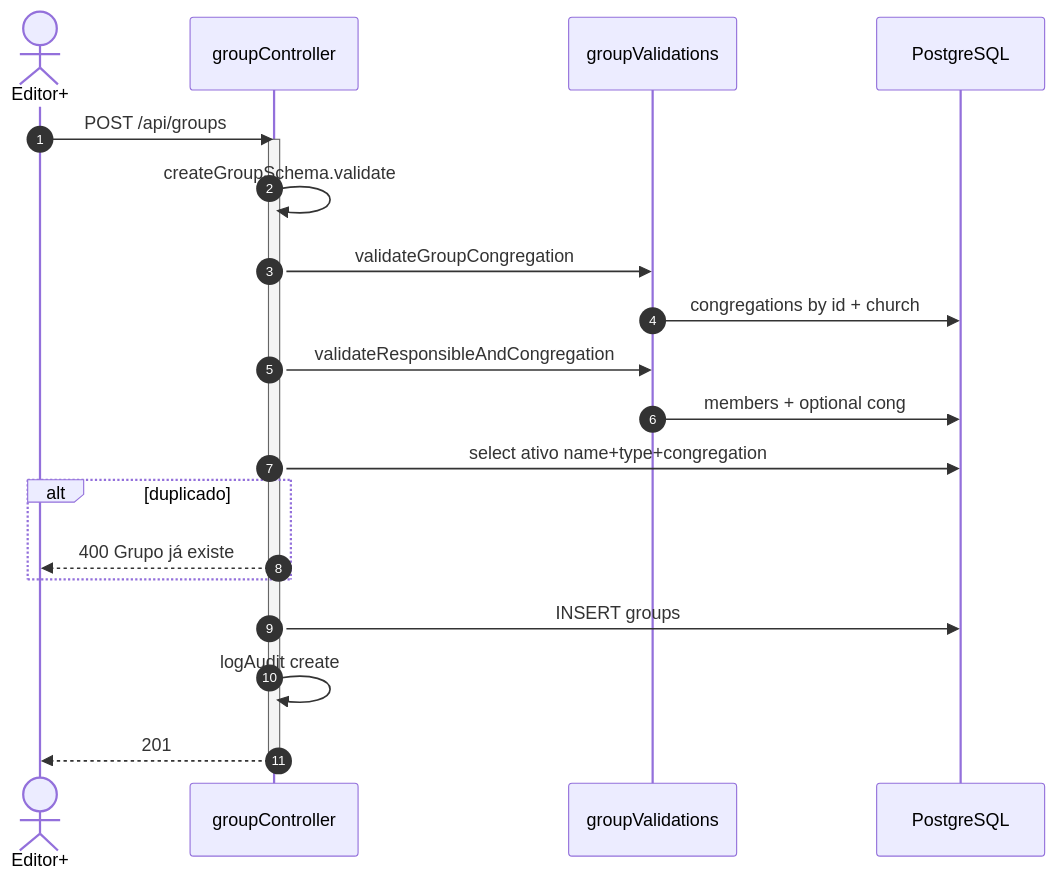
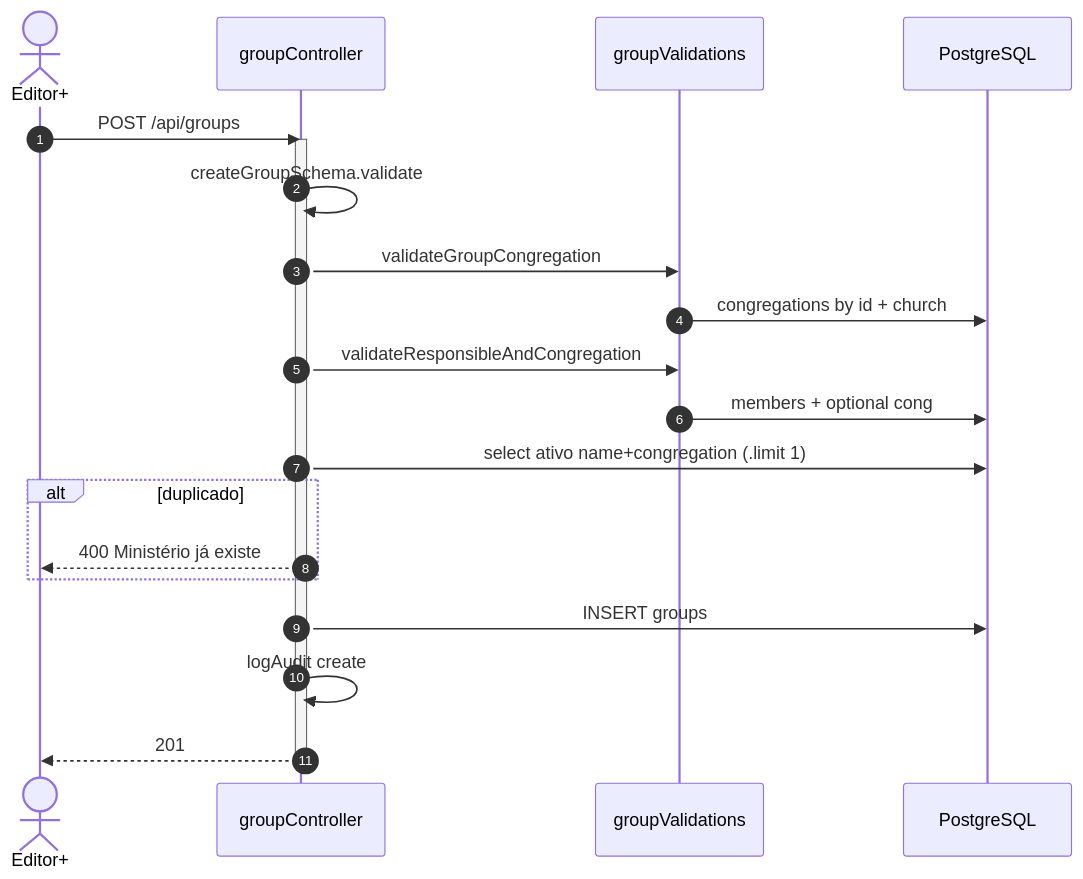
One commit to vinic-asouza/flock changed the first of 6 diagrams in docs/04_modulos/grupos.md. Above: the diagram before and after it, drawn with Mermaid. The commit also changed other lines of this file and 65 other files, not shown here.

````diff
--- a/docs/04_modulos/grupos.md
+++ b/docs/04_modulos/grupos.md
@@ -268,24 +279,24 @@
 ```mermaid
 sequenceDiagram
   autonumber
   actor U as Editor+
   participant API as groupController
   participant VAL as groupValidations
   participant DB as PostgreSQL
 
   U->>API: POST /api/groups
   activate API
   API->>API: createGroupSchema.validate
   API->>VAL: validateGroupCongregation
   VAL->>DB: congregations by id + church
   API->>VAL: validateResponsibleAndCongregation
   VAL->>DB: members + optional cong
-  API->>DB: select ativo name+type+congregation
+  API->>DB: select ativo name+congregation (.limit 1)
   alt duplicado
-    API-->>U: 400 Grupo já existe
+    API-->>U: 400 Ministério já existe
   end
   API->>DB: INSERT groups
   API->>API: logAudit create
   API-->>U: 201
   deactivate API
 ```
````
